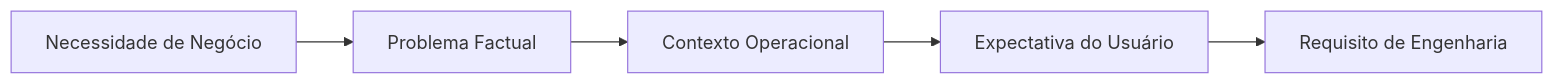
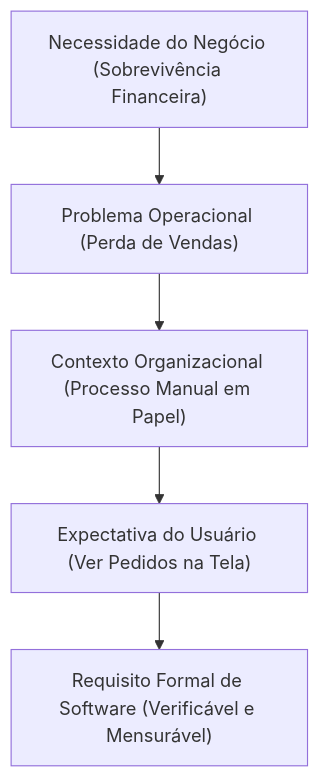
Before and after one commit to murilolol/unifef: the sixth of 25 diagrams in 4º Semestre/[Prof. Wesley Soares] Engenharia de Software II/Resumos-IA/Caderno-Consolidado.md, drawn with Mermaid. The commit also changed other lines of this file and 18 other files, not shown here.

````diff
--- a/4º Semestre/[Prof. Wesley Soares] Engenharia de Software II/Resumos-IA/Caderno-Consolidado.md
+++ b/4º Semestre/[Prof. Wesley Soares] Engenharia de Software II/Resumos-IA/Caderno-Consolidado.md
@@ -213,7 +419,7 @@
 ```mermaid
-flowchart LR
-    N["Necessidade de Negócio"] --> P["Problema Factual"]
-    P --> C["Contexto Operacional"]
-    C --> E["Expectativa do Usuário"]
-    E --> R["Requisito de Engenharia"]
+flowchart TD
+    N["Necessidade do Negócio (Sobrevivência Financeira)"] --> P["Problema Operacional (Perda de Vendas)"]
+    P --> C["Contexto Organizacional (Processo Manual em Papel)"]
+    C --> E["Expectativa do Usuário (Ver Pedidos na Tela)"]
+    E --> R["Requisito Formal de Software (Verificável e Mensurável)"]
 ```
````
